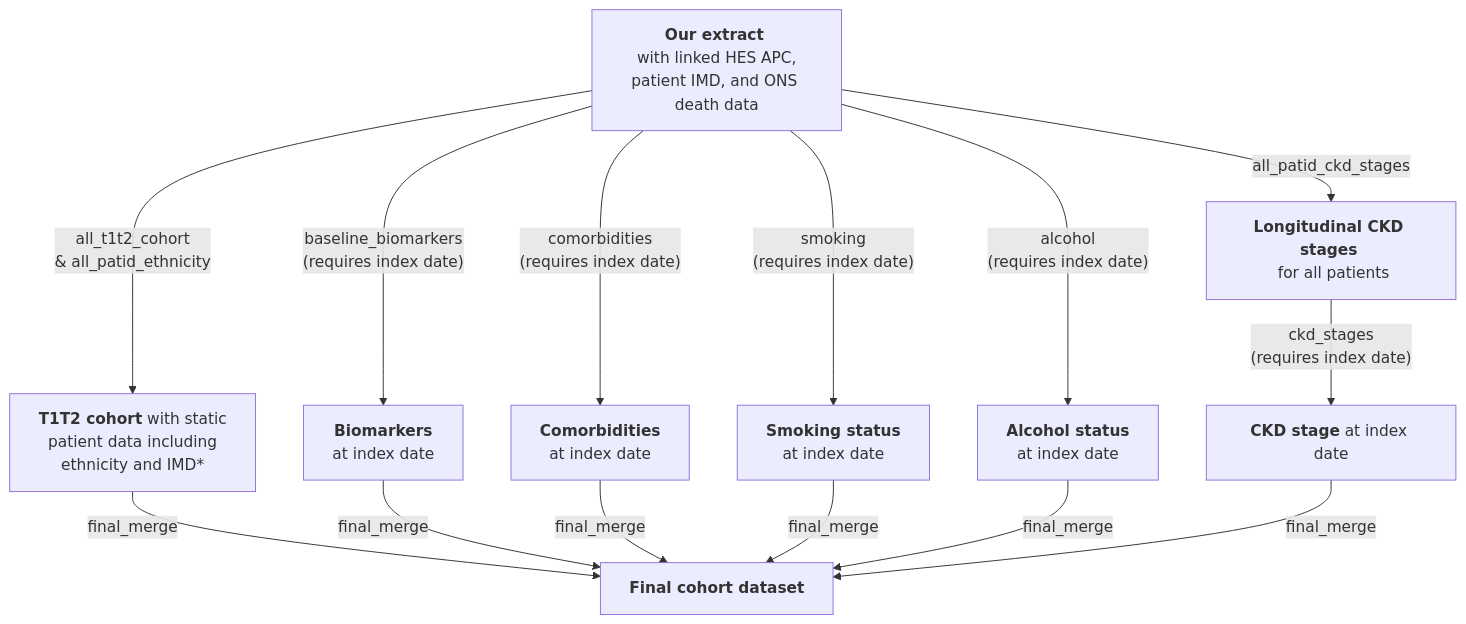
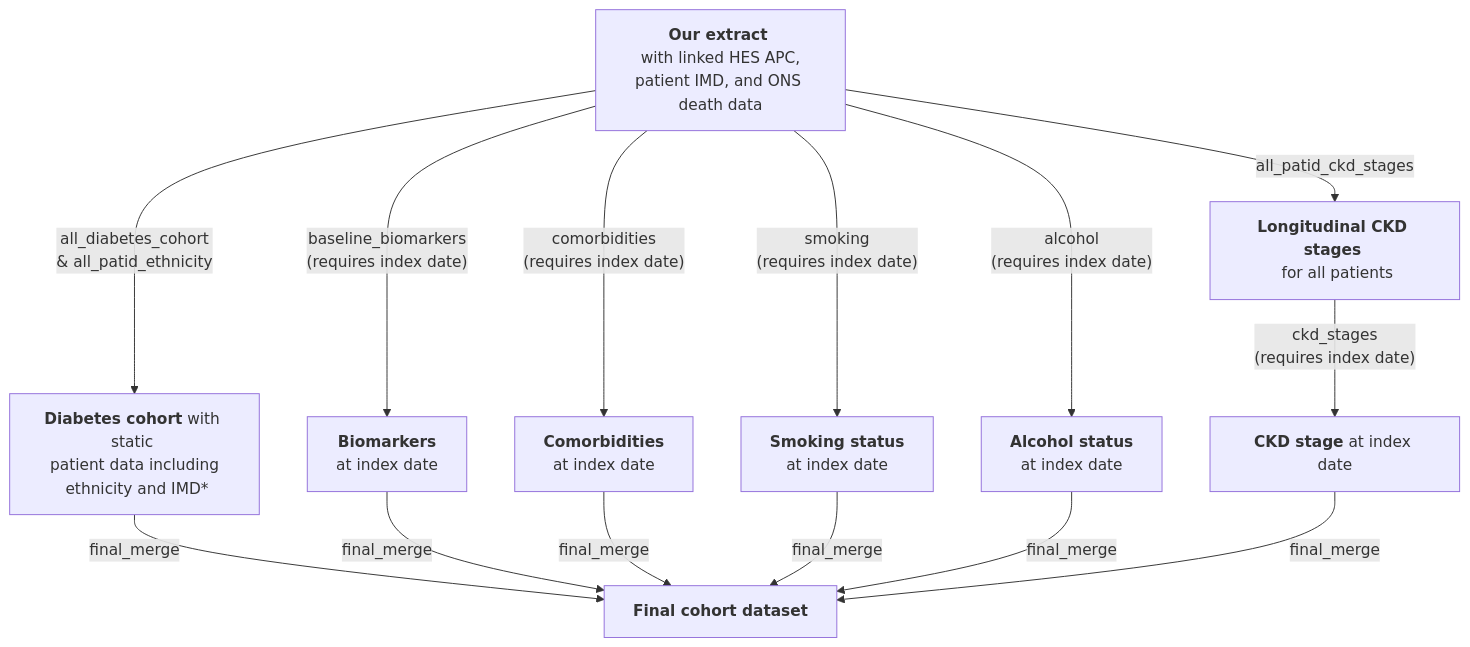
One commit to Exeter-Diabetes/CPRD-Cohort-scripts changed the second of 2 diagrams in README.md. Above: the diagram before and after it, drawn with Mermaid. The commit also changed other lines of this file, not shown here.

````diff
--- a/README.md
+++ b/README.md
@@ -45,16 +45,16 @@
 ```mermaid
 graph TD;
-    A["<b>Our extract</b> <br> with linked HES APC, patient IMD, and ONS death data"] --> |"all_t1t2_cohort <br> & all_patid_ethnicity"|B["<b>T1T2 cohort</b> with static <br> patient data including <br> ethnicity and IMD*"]
+    A["<b>Our extract</b> <br> with linked HES APC, patient IMD, and ONS death data"] --> |"all_diabetes_cohort <br> & all_patid_ethnicity"|B["<b>Diabetes cohort</b> with static <br> patient data including <br> ethnicity and IMD*"]
     A-->|"all_patid_ckd_stages"|C["<b>Longitudinal CKD stages</b> <br> for all patients"]
     A-->|"baseline_biomarkers <br> (requires index date)"|E["<b>Biomarkers</b> <br> at index date"]
     A-->|"comorbidities <br> (requires index date)"|F["<b>Comorbidities</b> <br> at index date"]
     A-->|"smoking <br> (requires index date)"|G["<b>Smoking status</b> <br> at index date"]
     A-->|"alcohol <br> (requires index date)"|H["<b>Alcohol status</b> <br> at index date"]
     C-->|"ckd_stages <br> (requires index date)"|I["<b>CKD stage</b <br> at index date"]
     B-->|"final_merge"|J["<b>Final cohort dataset</b>"]
     E-->|"final_merge"|J
     F-->|"final_merge"|J
     G-->|"final_merge"|J
     H-->|"final_merge"|J
     I-->|"final_merge"|J
 ```
````
